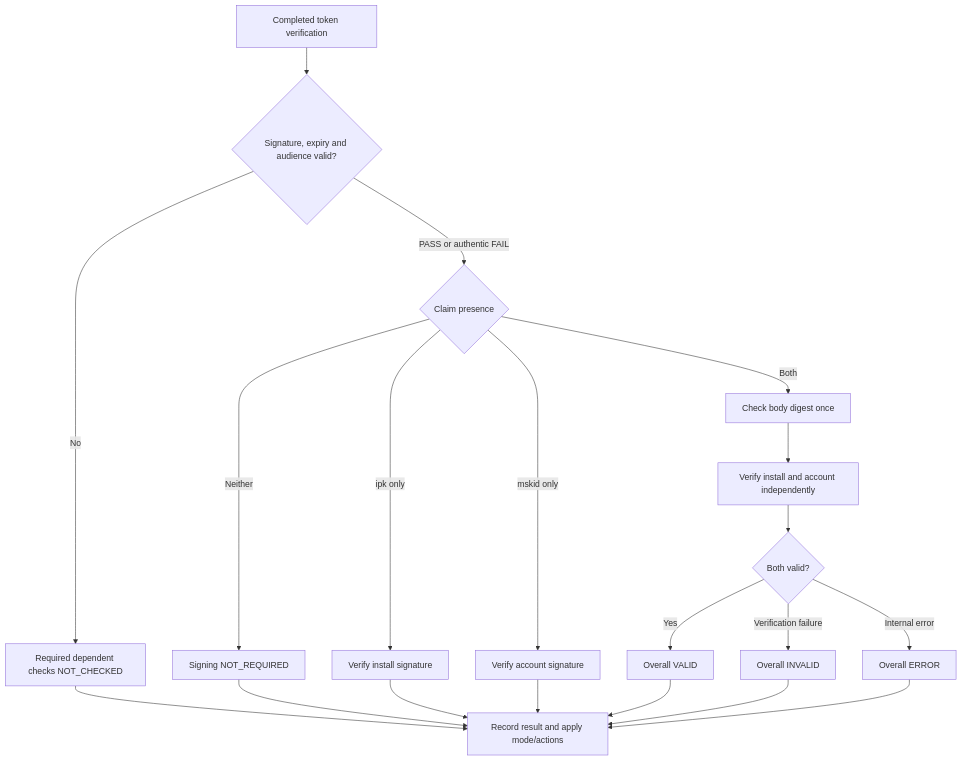
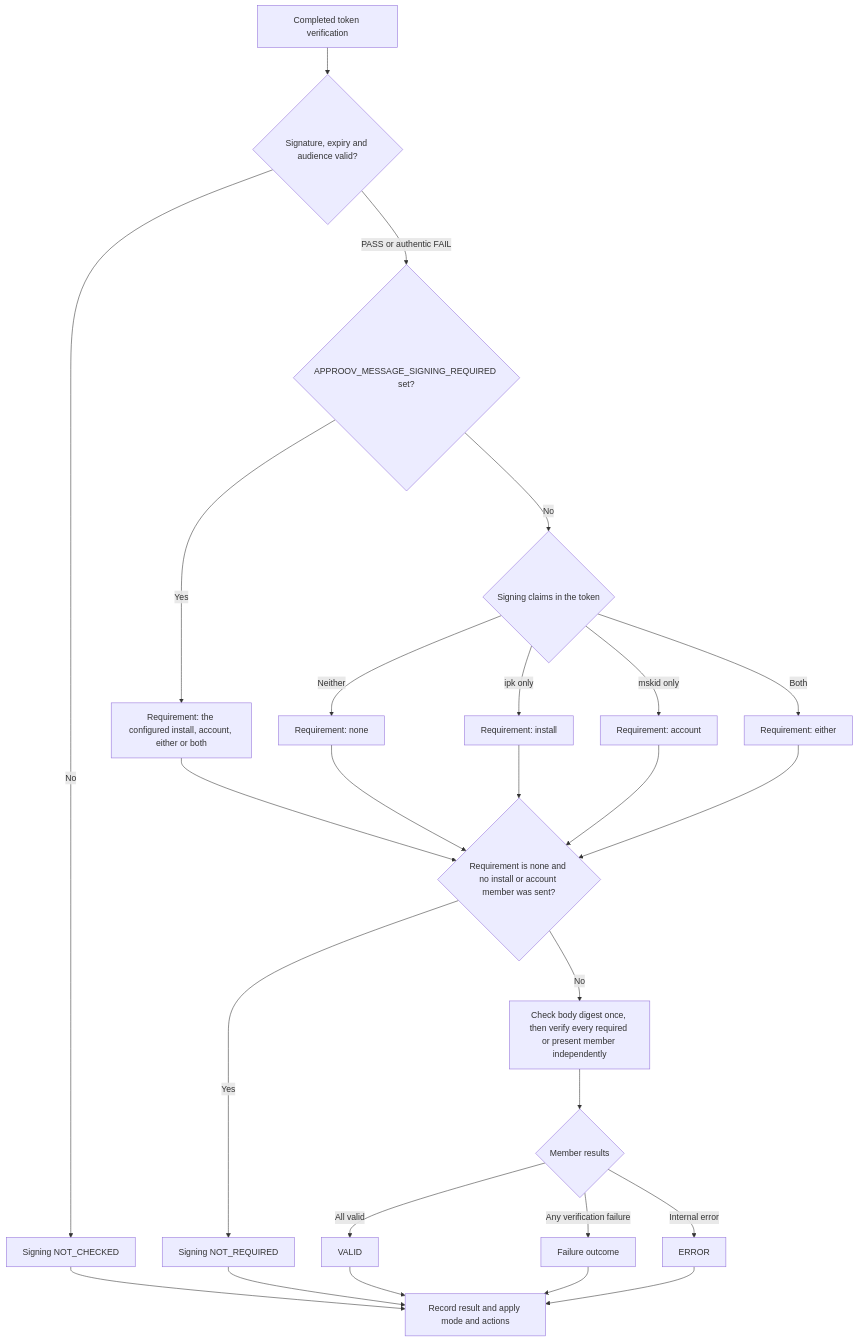
The second of 2 diagrams in README.md (approov-beta/approov-verifier-cloudflare-worker), drawn with Mermaid before and after one commit. The commit also changed other lines of this file, not shown here.

Commit message:
docs: correct the README request-flow and message-signing diagrams
The message-signing diagram showed a token with both signing claims as
requiring both signatures and omitted APPROOV_MESSAGE_SIGNING_REQUIRED,
contradicting the code and the tables below it, where two claims select
"either". The request-flow diagram omitted the hostname policy lookup,
the APPROOV_PROTECTED_PATHS branch and the upstream failure response.

````diff
--- a/README.md
+++ b/README.md
@@ -119,22 +134,28 @@
 ```mermaid
 flowchart TD
     A[Completed token verification] --> B{Signature, expiry and audience valid?}
-    B -->|No| N[Required dependent checks NOT_CHECKED]
-    B -->|PASS or authentic FAIL| C{Claim presence}
-    C -->|Neither| D[Signing NOT_REQUIRED]
-    C -->|ipk only| E[Verify install signature]
-    C -->|mskid only| F[Verify account signature]
-    C -->|Both| G[Check body digest once]
-    G --> H[Verify install and account independently]
-    H --> I{Both valid?}
-    I -->|Yes| V[Overall VALID]
-    I -->|Verification failure| X[Overall INVALID]
-    I -->|Internal error| R[Overall ERROR]
-    E --> J[Record result and apply mode/actions]
-    F --> J
+    B -->|No| N[Signing NOT_CHECKED]
+    B -->|PASS or authentic FAIL| Q{APPROOV_MESSAGE_SIGNING_REQUIRED set?}
+    Q -->|Yes| R1["Requirement: the configured install, account, either or both"]
+    Q -->|No| C{Signing claims in the token}
+    C -->|Neither| R2["Requirement: none"]
+    C -->|ipk only| R3["Requirement: install"]
+    C -->|mskid only| R4["Requirement: account"]
+    C -->|Both| R5["Requirement: either"]
+    R1 --> S{Requirement is none and no install or account member was sent?}
+    R2 --> S
+    R3 --> S
+    R4 --> S
+    R5 --> S
+    S -->|Yes| D[Signing NOT_REQUIRED]
+    S -->|No| H[Check body digest once, then verify every required or present member independently]
+    H --> I{Member results}
+    I -->|All valid| V[VALID]
+    I -->|Any verification failure| X[Failure outcome]
+    I -->|Internal error| E[ERROR]
+    N --> J[Record result and apply mode and actions]
     D --> J
-    N --> J
     V --> J
     X --> J
-    R --> J
+    E --> J
 ```
````
